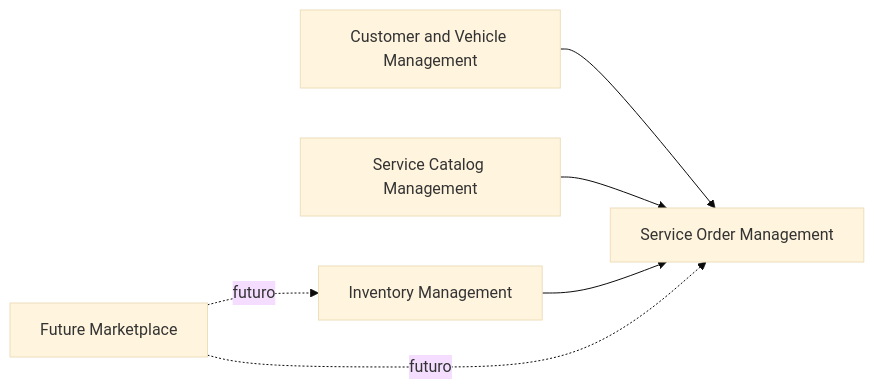
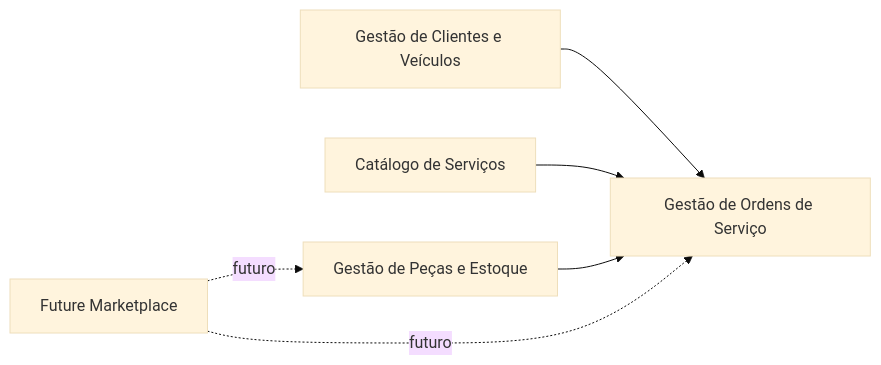
One commit to yxsbx/SOAT-FIAP changed the diagram in docs/ddd/06-context-map.md. Above: the diagram before and after it, drawn with Mermaid (base theme). The commit also changed other lines of this file and 45 other files, not shown here.

````diff
--- a/docs/ddd/06-context-map.md
+++ b/docs/ddd/06-context-map.md
@@ -5,14 +5,14 @@
 ```mermaid
 flowchart LR
-    CV["Customer and Vehicle Management"]
-    SO["Service Order Management"]
-    INV["Inventory Management"]
-    SC["Service Catalog Management"]
+    CV["Gestão de Clientes e Veículos"]
+    SO["Gestão de Ordens de Serviço"]
+    INV["Gestão de Peças e Estoque"]
+    SC["Catálogo de Serviços"]
     FM["Future Marketplace"]
 
     CV --> SO
     SC --> SO
     INV --> SO
     FM -. futuro .-> INV
     FM -. futuro .-> SO
 ```
````
